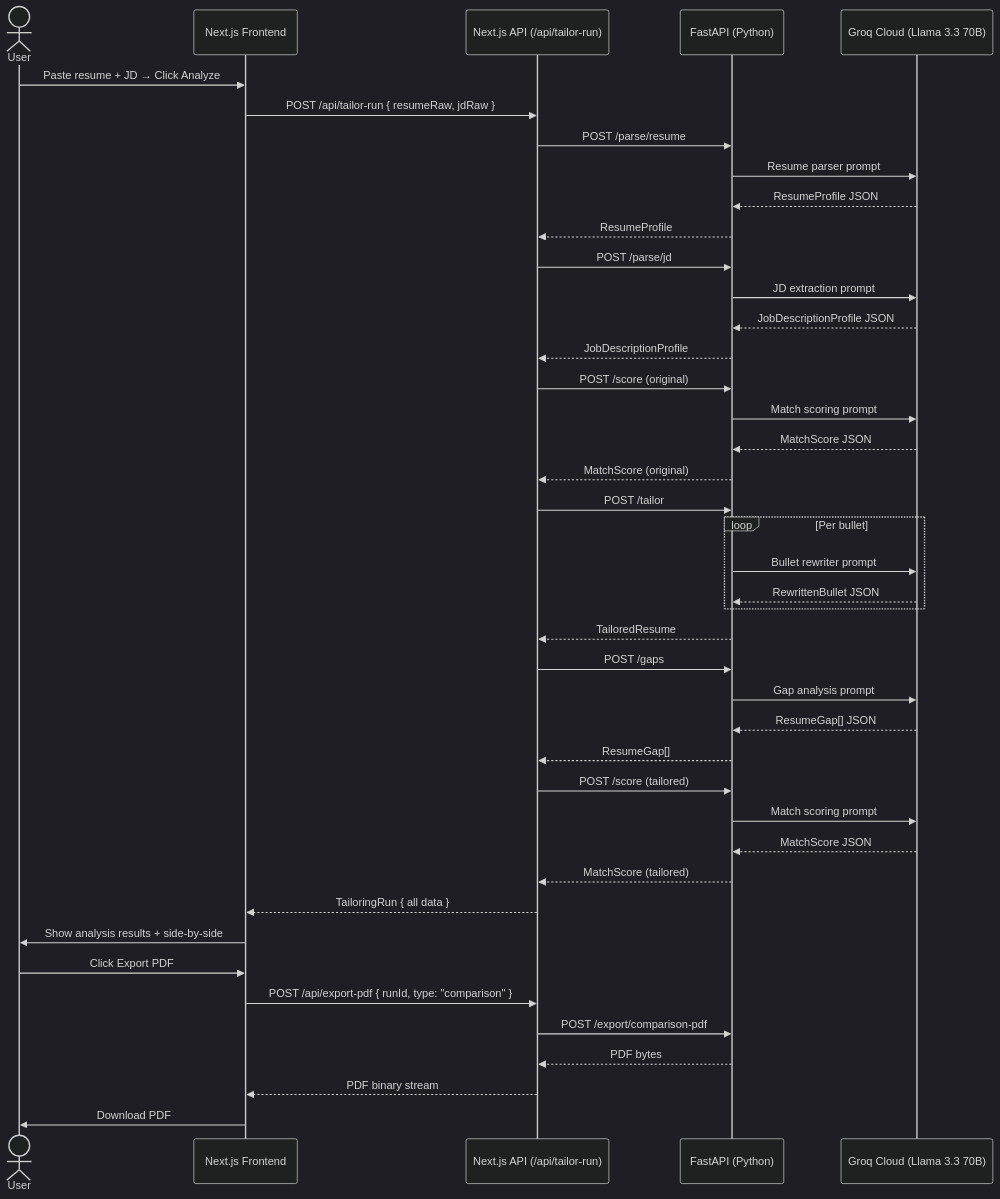
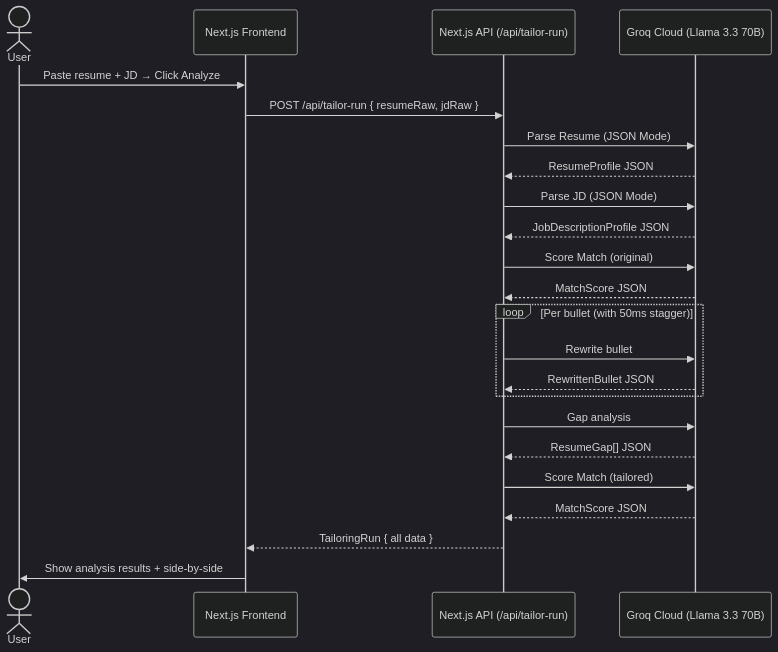
One commit to harshyadav-ml/resume-shapeshifter changed the fourth of 4 diagrams in docs/architecture.md. Above: the diagram before and after it, drawn with Mermaid (dark theme). The commit also changed other lines of this file and 7 other files, not shown here.

Commit message:
feat(w2-p3): complete pdf export engine and document generation

````diff
--- a/docs/architecture.md
+++ b/docs/architecture.md
@@ -546,53 +494,33 @@
 ```mermaid
 sequenceDiagram
     actor User
     participant FE as Next.js Frontend
     participant API as Next.js API (/api/tailor-run)
-    participant PY as FastAPI (Python)
-    participant LLM as Groq Cloud (Llama 3.3 70B)
+    participant Groq as Groq Cloud (Llama 3.3 70B)
 
     User->>FE: Paste resume + JD → Click Analyze
     FE->>API: POST /api/tailor-run { resumeRaw, jdRaw }
 
-    API->>PY: POST /parse/resume
-    PY->>LLM: Resume parser prompt
-    LLM-->>PY: ResumeProfile JSON
-    PY-->>API: ResumeProfile
+    API->>Groq: Parse Resume (JSON Mode)
+    Groq-->>API: ResumeProfile JSON
 
-    API->>PY: POST /parse/jd
-    PY->>LLM: JD extraction prompt
-    LLM-->>PY: JobDescriptionProfile JSON
-    PY-->>API: JobDescriptionProfile
+    API->>Groq: Parse JD (JSON Mode)
+    Groq-->>API: JobDescriptionProfile JSON
 
-    API->>PY: POST /score (original)
-    PY->>LLM: Match scoring prompt
-    LLM-->>PY: MatchScore JSON
-    PY-->>API: MatchScore (original)
+    API->>Groq: Score Match (original)
+    Groq-->>API: MatchScore JSON
 
-    API->>PY: POST /tailor
-    loop Per bullet
-        PY->>LLM: Bullet rewriter prompt
-        LLM-->>PY: RewrittenBullet JSON
+    loop Per bullet (with 50ms stagger)
+        API->>Groq: Rewrite bullet
+        Groq-->>API: RewrittenBullet JSON
     end
-    PY-->>API: TailoredResume
 
-    API->>PY: POST /gaps
-    PY->>LLM: Gap analysis prompt
-    LLM-->>PY: ResumeGap[] JSON
-    PY-->>API: ResumeGap[]
+    API->>Groq: Gap analysis
+    Groq-->>API: ResumeGap[] JSON
 
-    API->>PY: POST /score (tailored)
-    PY->>LLM: Match scoring prompt
-    LLM-->>PY: MatchScore JSON
-    PY-->>API: MatchScore (tailored)
+    API->>Groq: Score Match (tailored)
+    Groq-->>API: MatchScore JSON
 
     API-->>FE: TailoringRun { all data }
     FE->>User: Show analysis results + side-by-side
-
-    User->>FE: Click Export PDF
-    FE->>API: POST /api/export-pdf { runId, type: "comparison" }
-    API->>PY: POST /export/comparison-pdf
-    PY-->>API: PDF bytes
-    API-->>FE: PDF binary stream
-    FE->>User: Download PDF
 ```
````
